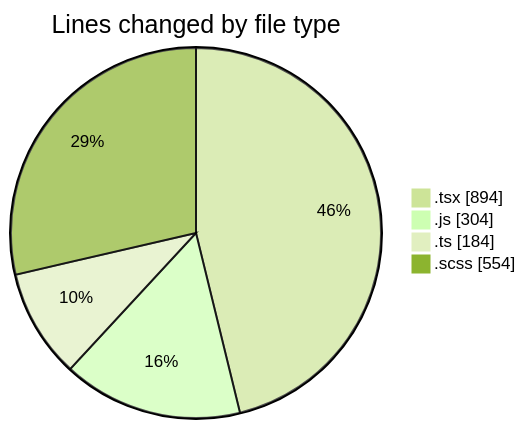
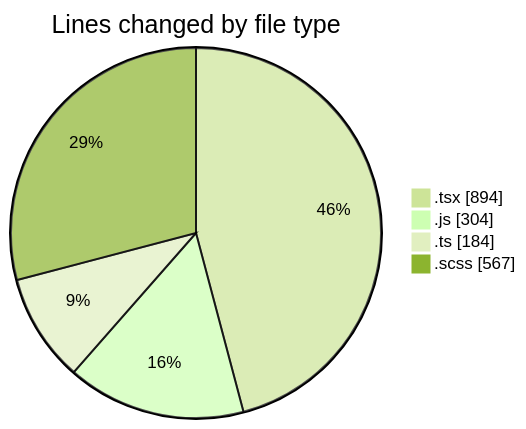
The first of 2 diagrams in 2025-02-26/cda/README.md (momahboobian/code-tracking), drawn with Mermaid (forest theme) before and after one commit. The commit also changed other lines of this file and 1 other file, not shown here.

````diff
--- a/2025-02-26/cda/README.md
+++ b/2025-02-26/cda/README.md
@@ -37,8 +37,8 @@
 ```mermaid
 pie showData
 title Lines changed by file type
 ".tsx" : 894
 ".js" : 304
 ".ts" : 184
-".scss" : 554
+".scss" : 567
 ```
````
